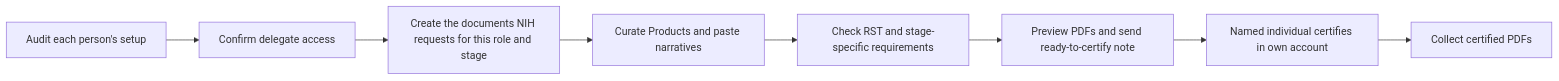
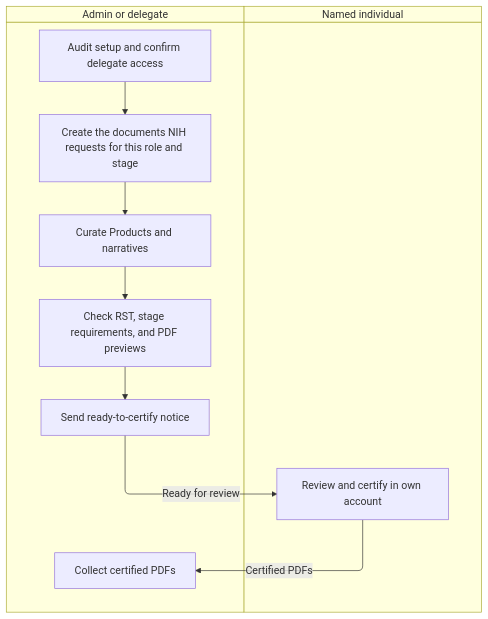
Before and after one commit to FritscheLab/nih-sciencv-playbook: the diagram in docs/quickstarts/admin-delegate.md, drawn with Mermaid. The commit also changed other lines of this file and 60 other files, not shown here.

````diff
--- a/docs/quickstarts/admin-delegate.md
+++ b/docs/quickstarts/admin-delegate.md
@@ -43,12 +43,22 @@
 ```mermaid
-flowchart LR
+swimlane-beta TB
     accTitle: Admin delegate quickstart workflow
-    accDescr: The admin workflow audits access, drafts documents, performs preview checks, and hands off to the PI for certification.
-    A["Audit each person's setup"] --> B["Confirm delegate access"]
-    B --> C["Create the documents NIH requests for this role and stage"]
-    C --> D["Curate Products and paste narratives"]
-    D --> E["Check RST and stage-specific requirements"]
-    E --> F["Preview PDFs and send ready-to-certify note"]
-    F --> G["Named individual certifies in own account"]
-    G --> H["Collect certified PDFs"]
+    accDescr: The admin or delegate prepares and checks the documents, then hands them to the named individual for review and certification before collecting the certified PDFs.
+
+    subgraph admin [Admin or delegate]
+        setup["Audit setup and confirm delegate access"]
+        draft["Create the documents NIH requests for this role and stage"]
+        prepare["Curate Products and narratives"]
+        check["Check RST, stage requirements, and PDF previews"]
+        notify["Send ready-to-certify notice"]
+        collect["Collect certified PDFs"]
+    end
+
+    subgraph person [Named individual]
+        certify["Review and certify in own account"]
+    end
+
+    setup --> draft --> prepare --> check --> notify
+    notify -->|Ready for review| certify
+    certify -->|Certified PDFs| collect
 ```
````
